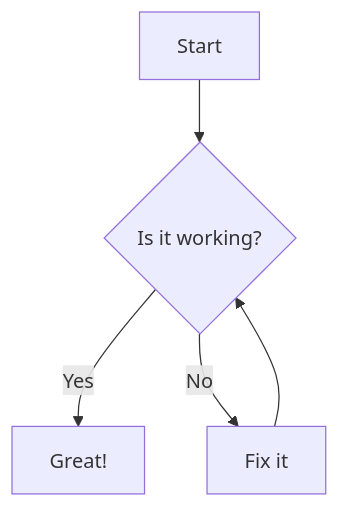
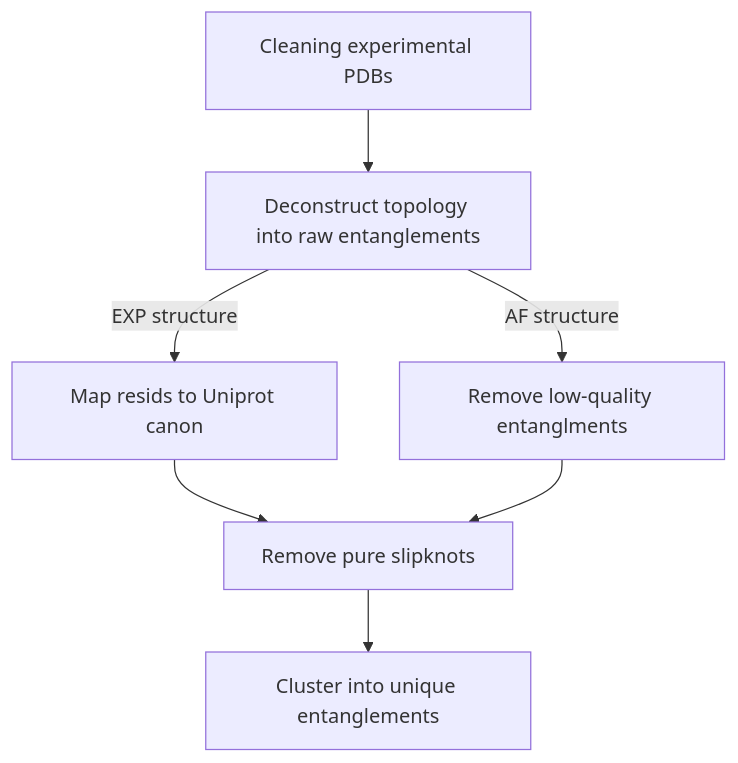
One commit to obrien-lab-psu/Failure-to-Form_Native_Entanglements changed the diagram in Native_Entanglements_in_PDBs/README.md. Above: the diagram before and after it, drawn with Mermaid.

Commit message:
testing out mermaid flow charts

````diff
--- a/Native_Entanglements_in_PDBs/README.md
+++ b/Native_Entanglements_in_PDBs/README.md
@@ -7,7 +7,6 @@
 ```mermaid
 graph TD
-    A[Start] --> B{Is it working?}
-    B -- Yes --> C[Great!]
-    B -- No --> D[Fix it]
-    D --> B
+    A[Cleaning experimental PDBs] --> B[Deconstruct topology into raw entanglements]
+    B -- EXP structure --> C[Map resids to Uniprot canon] --> D[Remove pure slipknots] --> E[Cluster into unique entanglements]
+    B -- AF structure --> F[Remove low-quality entanglments] --> D
 ``` 
````
